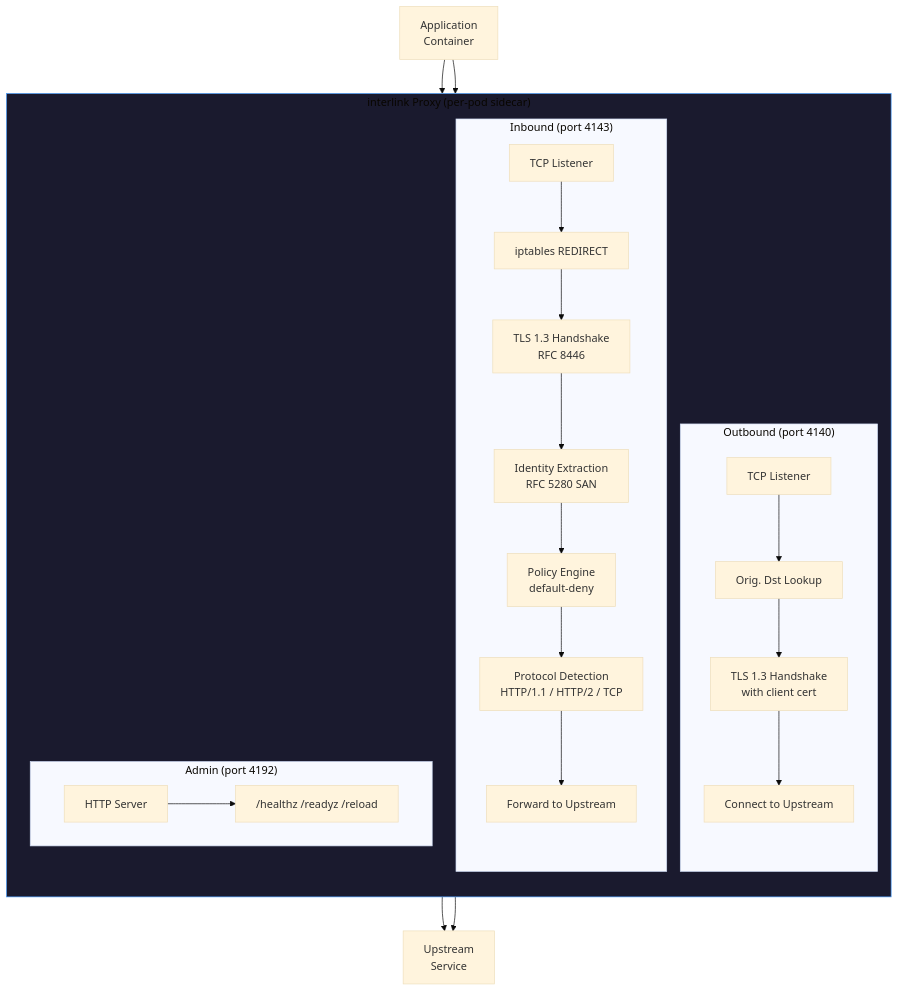
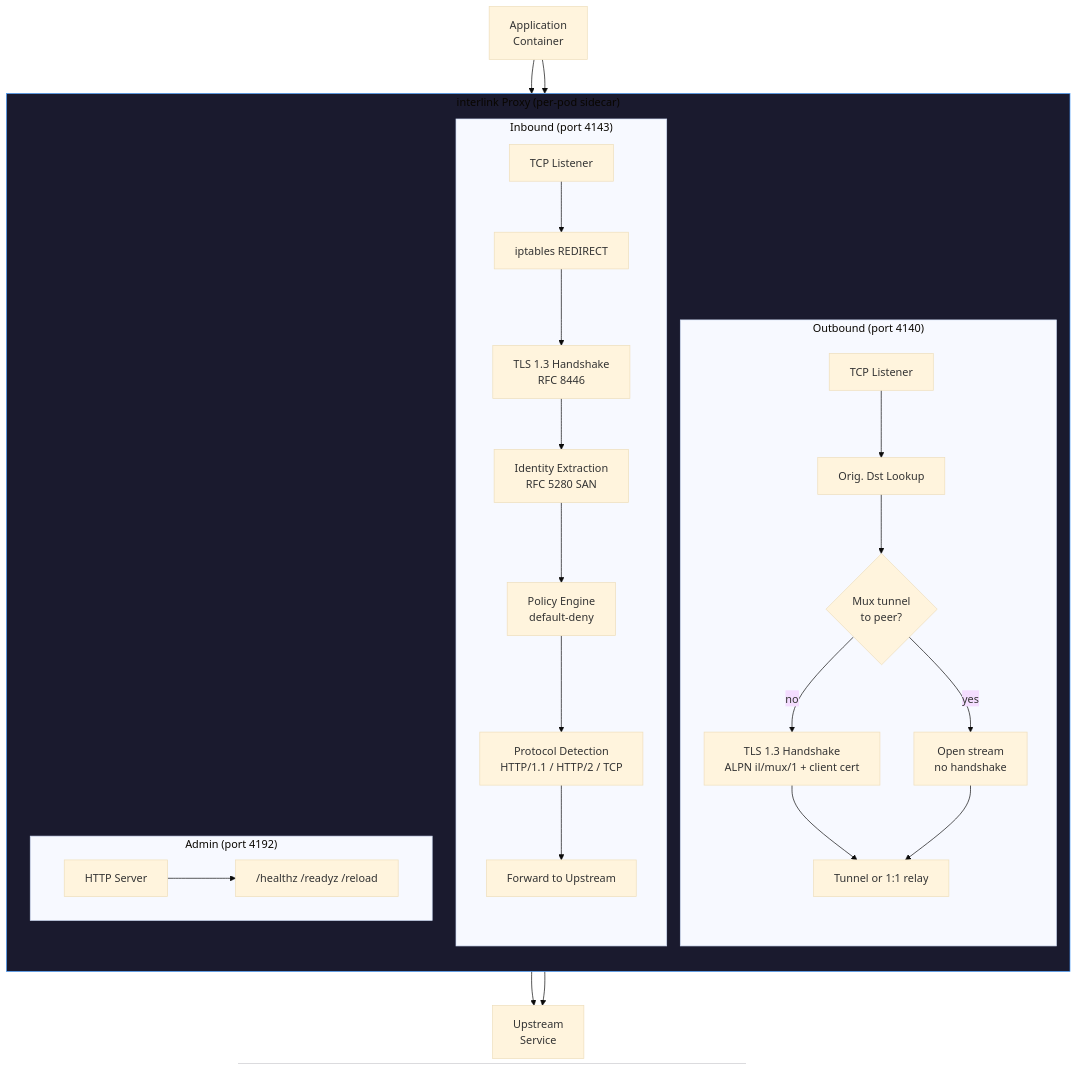
Before and after one commit to alexandernicholson/interlink: the second of 3 diagrams in README.md, drawn with Mermaid (base theme). The commit also changed other lines of this file and 13 other files, not shown here.

````diff
--- a/README.md
+++ b/README.md
@@ -108,27 +112,30 @@
 ```mermaid
 flowchart TB
     subgraph Proxy["interlink Proxy (per-pod sidecar)"]
         direction TB
         subgraph Inbound["Inbound (port 4143)"]
             L[TCP Listener] --> A[iptables REDIRECT]
             A --> H[TLS 1.3 Handshake<br/>RFC 8446]
             H --> I[Identity Extraction<br/>RFC 5280 SAN]
             I --> P[Policy Engine<br/>default-deny]
             P --> D[Protocol Detection<br/>HTTP/1.1 / HTTP/2 / TCP]
             D --> F[Forward to Upstream]
         end
         subgraph Outbound["Outbound (port 4140)"]
             O[TCP Listener] --> OM[Orig. Dst Lookup]
-            OM --> OH[TLS 1.3 Handshake<br/>with client cert]
-            OH --> OF[Connect to Upstream]
+            OM --> OT{Mux tunnel<br/>to peer?}
+            OT -- yes --> OS[Open stream<br/>no handshake]
+            OT -- no --> OH[TLS 1.3 Handshake<br/>ALPN il/mux/1 + client cert]
+            OH --> OF[Tunnel or 1:1 relay]
+            OS --> OF
         end
         subgraph Admin["Admin (port 4192)"]
             AD[HTTP Server] --> AH["/healthz /readyz /reload"]
         end
     end
     Client[Application<br/>Container] --> L
     Client --> O
     F --> Upstream[Upstream<br/>Service]
     OF --> Upstream
     style Proxy fill:#1a1a2e,stroke:#4a9eff
 ```
````
